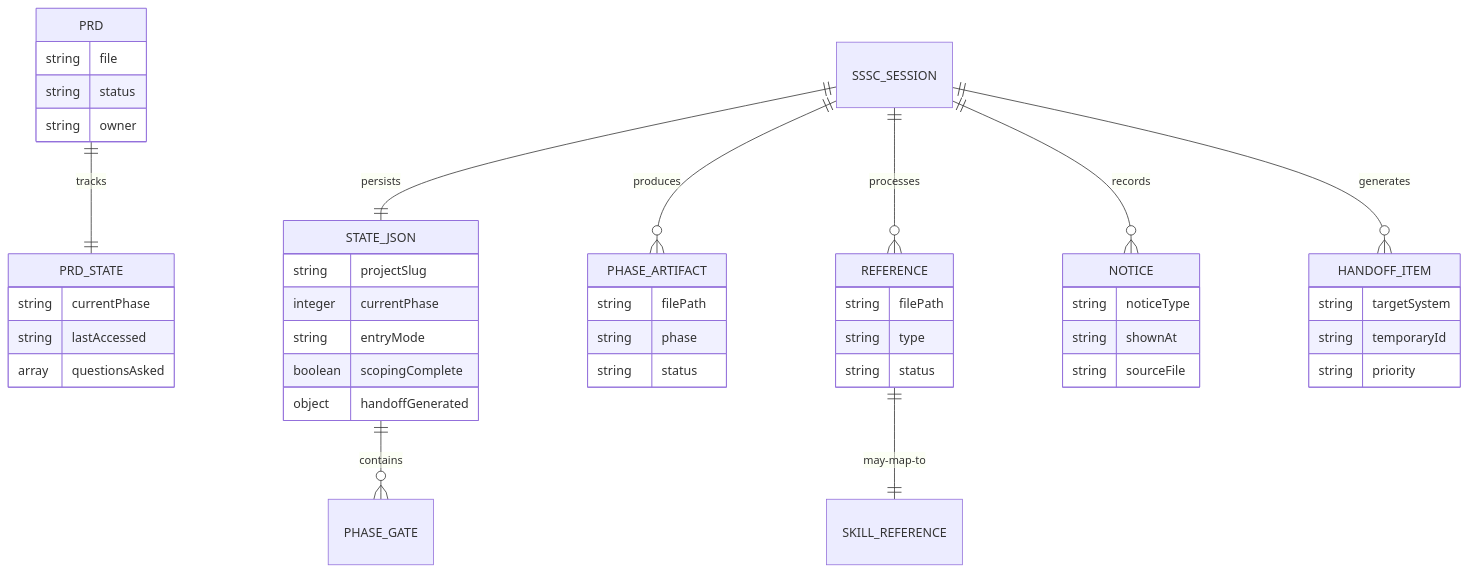
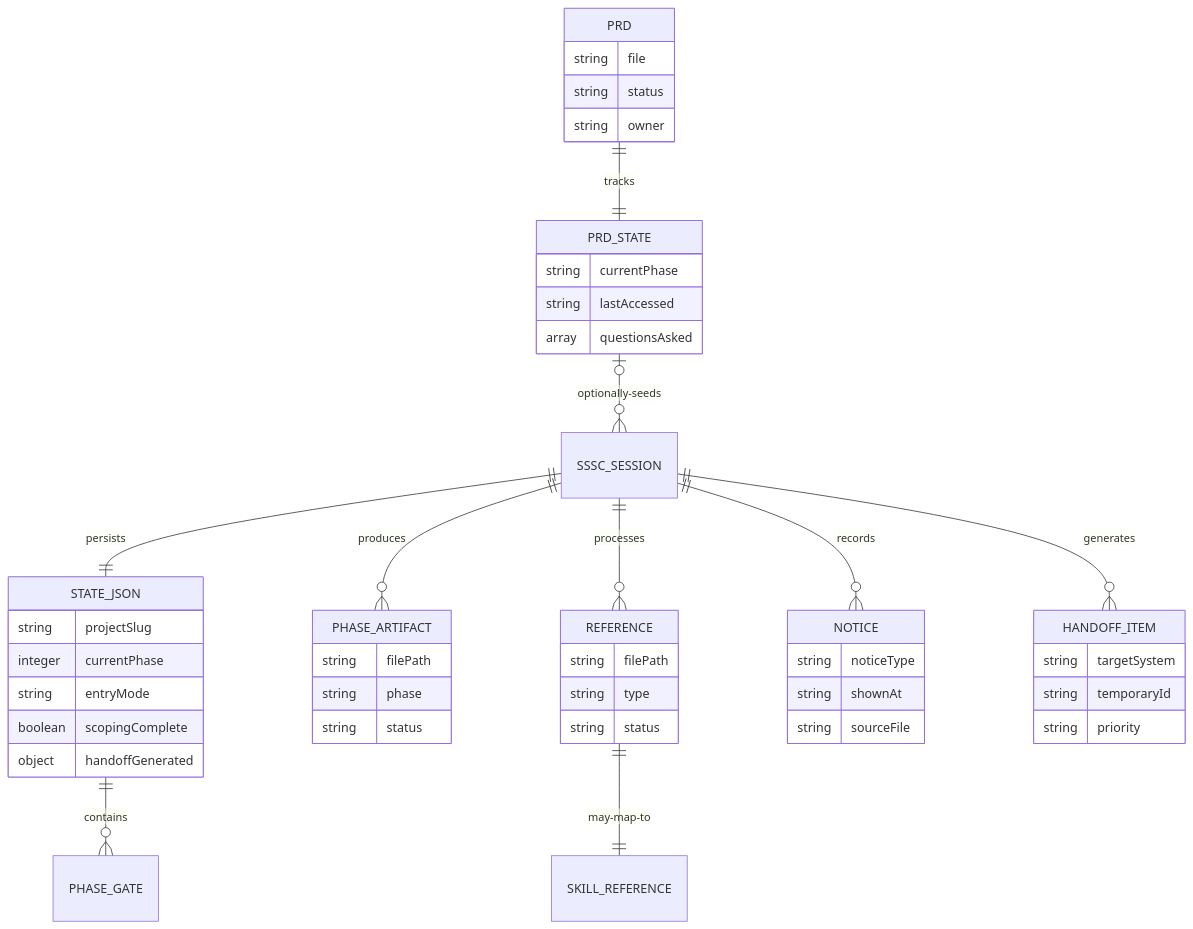
The fourth of 5 diagrams in docs/planning/prds/sssc-planner.md (MohammedAlkindi/hve-core), drawn with Mermaid before and after one commit. The commit also changed other lines of this file and 51 other files, not shown here.

First line of the commit message:
fix(docs): render Mermaid diagrams with accessible titles and descriptions (#2744)

````diff
--- a/docs/planning/prds/sssc-planner.md
+++ b/docs/planning/prds/sssc-planner.md
@@ -207,49 +213,52 @@
 ```mermaid
 erDiagram
+  accTitle: SSSC Session State and Artifact Model
+  accDescr: PRD state can optionally seed an SSSC session. The session persists its own state, produces phase artifacts, processes references, records notices, and generates handoff items.
     PRD ||--|| PRD_STATE : tracks
+    PRD_STATE o|--o{ SSSC_SESSION : optionally-seeds
     SSSC_SESSION ||--|| STATE_JSON : persists
     SSSC_SESSION ||--o{ PHASE_ARTIFACT : produces
     SSSC_SESSION ||--o{ REFERENCE : processes
     SSSC_SESSION ||--o{ NOTICE : records
     SSSC_SESSION ||--o{ HANDOFF_ITEM : generates
     STATE_JSON ||--o{ PHASE_GATE : contains
     REFERENCE ||--|| SKILL_REFERENCE : may-map-to
 
     PRD {
       string file
       string status
       string owner
     }
     PRD_STATE {
       string currentPhase
       string lastAccessed
       array questionsAsked
     }
     STATE_JSON {
       string projectSlug
       integer currentPhase
       string entryMode
       boolean scopingComplete
       object handoffGenerated
     }
     PHASE_ARTIFACT {
       string filePath
       string phase
       string status
     }
     REFERENCE {
       string filePath
       string type
       string status
     }
     NOTICE {
       string noticeType
       string shownAt
       string sourceFile
     }
     HANDOFF_ITEM {
       string targetSystem
       string temporaryId
       string priority
     }
 ```
````
